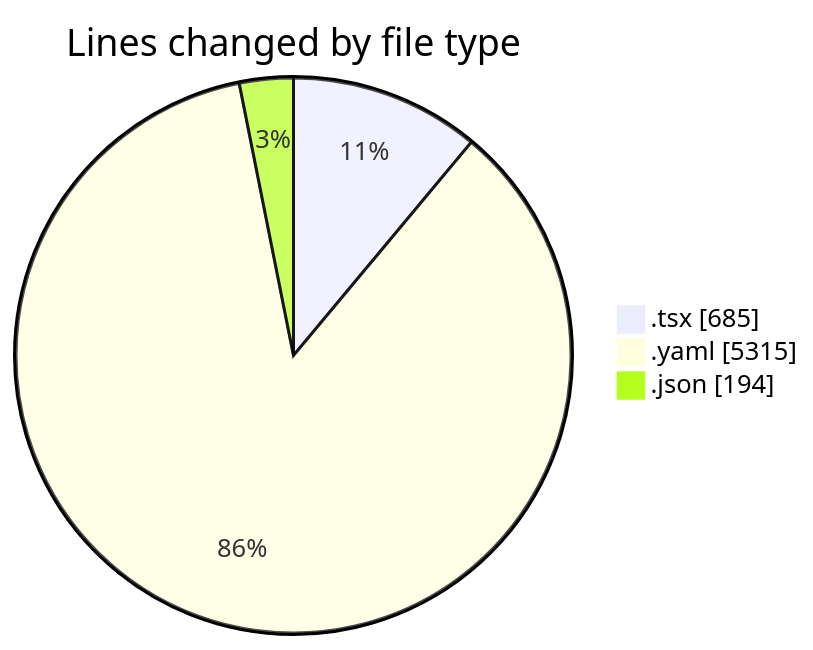
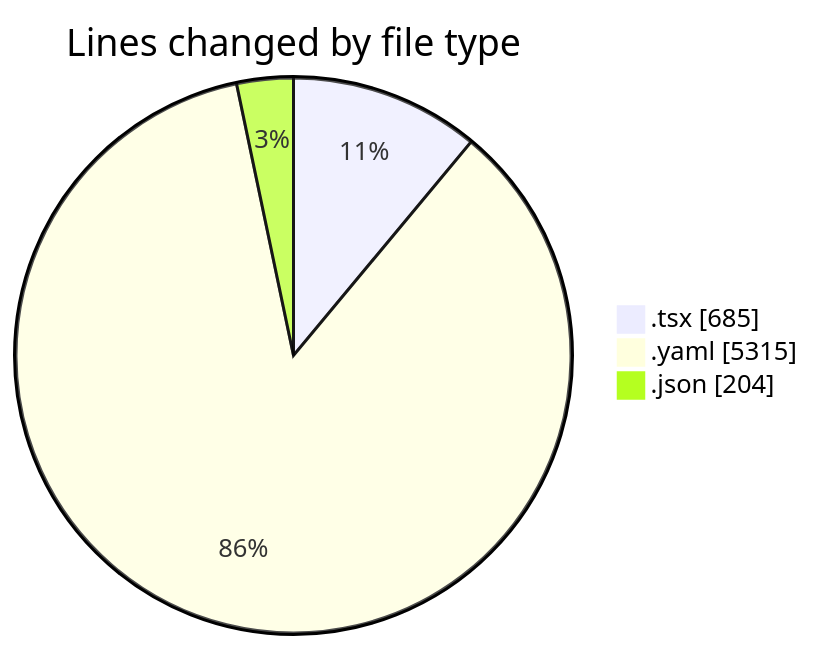
One commit to julien-gomy/code-tracking changed the first of 2 diagrams in 2025-11-07/eventscop-frontend-guide__workspace_/README.md. Above: the diagram before and after it, drawn with Mermaid. The commit also changed other lines of this file and 1 other file, not shown here.

````diff
--- a/2025-11-07/eventscop-frontend-guide__workspace_/README.md
+++ b/2025-11-07/eventscop-frontend-guide__workspace_/README.md
@@ -27,7 +27,7 @@
 ```mermaid
 pie showData
 title Lines changed by file type
 ".tsx" : 685
 ".yaml" : 5315
-".json" : 194
+".json" : 204
 ```
````
